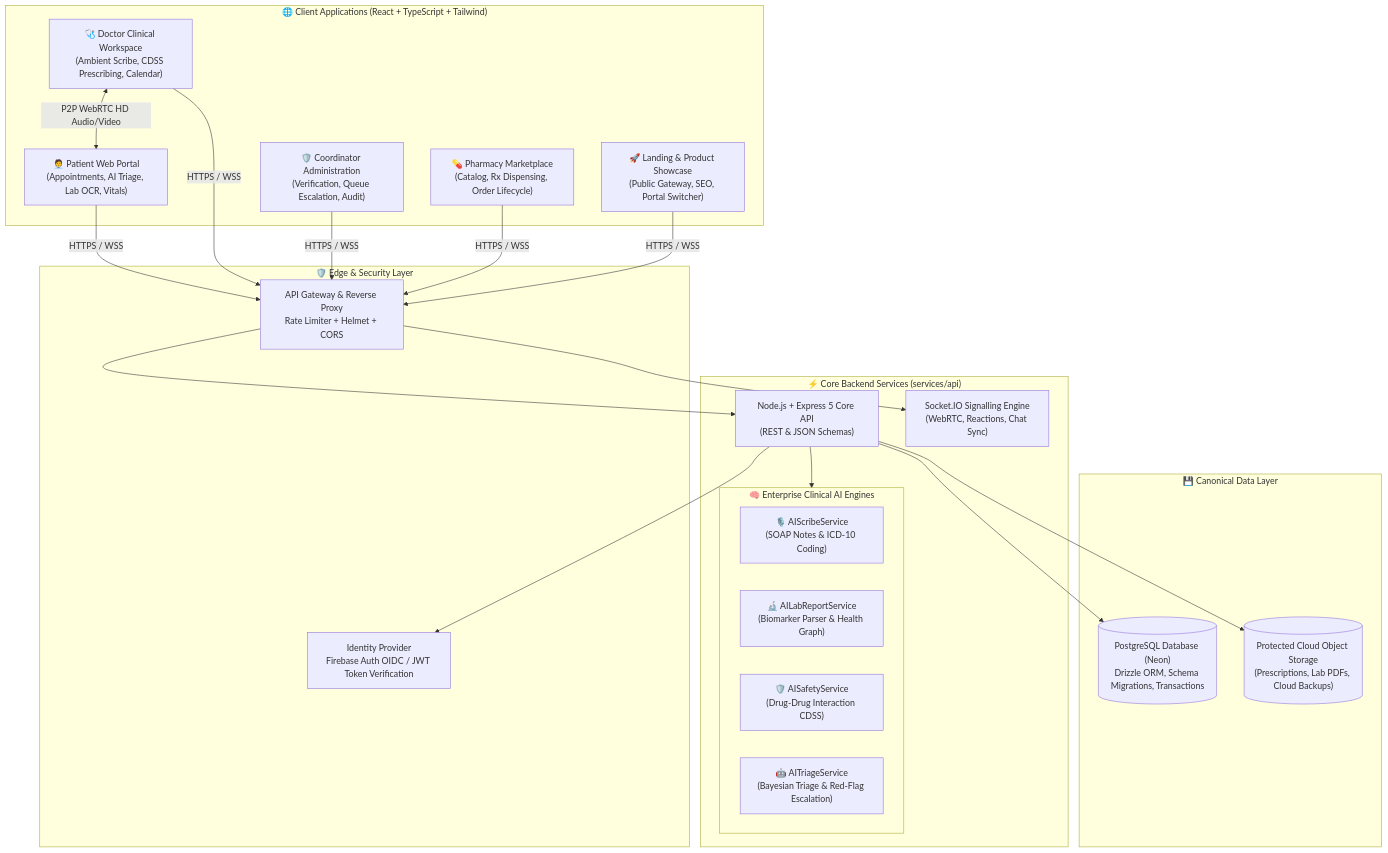
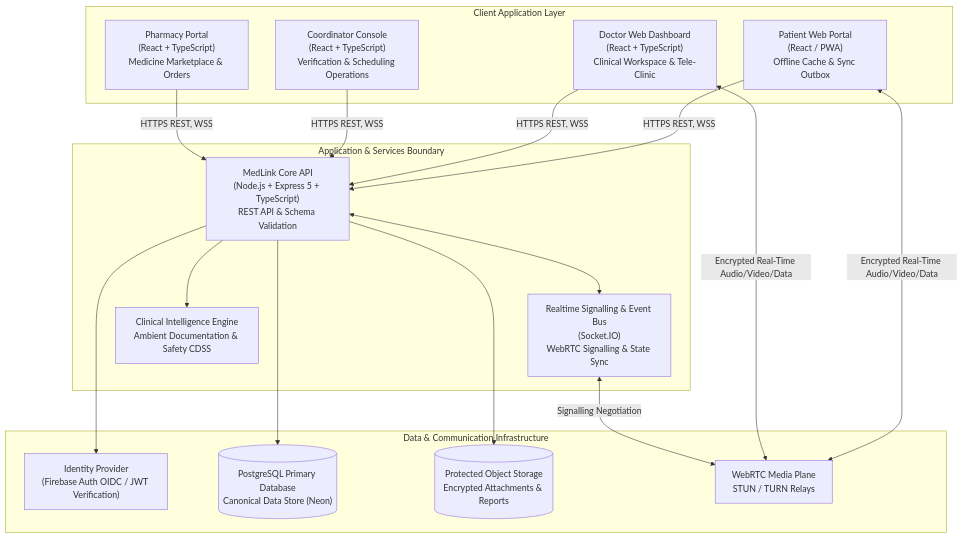
Before and after one commit to abhijeetnardele24-hash/medlink: the first of 6 diagrams in README.md, drawn with Mermaid. The commit also changed other lines of this file, not shown here.

Commit message:
docs: refine enterprise-grade README with comprehensive system architecture, WebRTC media plane, and clinical sequence diagrams

````diff
--- a/README.md
+++ b/README.md
@@ -36,39 +33,37 @@
 ```mermaid
 flowchart TB
-    subgraph Clients["🌐 Client Applications (React + TypeScript + Tailwind)"]
-        PA["🧑‍💼 Patient Web Portal<br/>(Appointments, AI Triage, Lab OCR, Vitals)"]
-        DW["🩺 Doctor Clinical Workspace<br/>(Ambient Scribe, CDSS Prescribing, Calendar)"]
-        CW["🛡️ Coordinator Administration<br/>(Verification, Queue Escalation, Audit)"]
-        PW["💊 Pharmacy Marketplace<br/>(Catalog, Rx Dispensing, Order Lifecycle)"]
-        LW["🚀 Landing & Product Showcase<br/>(Public Gateway, SEO, Portal Switcher)"]
+    subgraph Clients["Client Application Layer"]
+        PA["Patient Web Portal<br/>(React / PWA)<br/>Offline Cache & Sync Outbox"]
+        DW["Doctor Web Dashboard<br/>(React + TypeScript)<br/>Clinical Workspace & Tele-Clinic"]
+        CW["Coordinator Console<br/>(React + TypeScript)<br/>Verification & Scheduling Operations"]
+        PW["Pharmacy Portal<br/>(React + TypeScript)<br/>Medicine Marketplace & Orders"]
     end
 
-    subgraph Edge["🛡️ Edge & Security Layer"]
-        GW["API Gateway & Reverse Proxy<br/>Rate Limiter + Helmet + CORS"]
-        AUTH["Identity Provider<br/>Firebase Auth OIDC / JWT Token Verification"]
+    subgraph CoreServices["Application & Services Boundary"]
+        API["MedLink Core API<br/>(Node.js + Express 5 + TypeScript)<br/>REST API & Schema Validation"]
+        WSS["Realtime Signalling & Event Bus<br/>(Socket.IO)<br/>WebRTC Signalling & State Sync"]
+        CDSS["Clinical Intelligence Engine<br/>Ambient Documentation & Safety CDSS"]
     end
 
-    subgraph Backend["⚡ Core Backend Services (services/api)"]
-        API["Node.js + Express 5 Core API<br/>(REST & JSON Schemas)"]
-        WSS["Socket.IO Signalling Engine<br/>(WebRTC, Reactions, Chat Sync)"]
-        
-        subgraph AISuite["🧠 Enterprise Clinical AI Engines"]
-            SCRIBE["🎙️ AIScribeService<br/>(SOAP Notes & ICD-10 Coding)"]
-            LAB["🔬 AILabReportService<br/>(Biomarker Parser & Health Graph)"]
-            SAFETY["🛡️ AISafetyService<br/>(Drug-Drug Interaction CDSS)"]
-            TRIAGE["🤖 AITriageService<br/>(Bayesian Triage & Red-Flag Escalation)"]
-        end
+    subgraph Infrastructure["Data & Communication Infrastructure"]
+        AUTH["Identity Provider<br/>(Firebase Auth OIDC / JWT Verification)"]
+        DB[("PostgreSQL Primary Database<br/>Canonical Data Store (Neon)")]
+        STORE[("Protected Object Storage<br/>Encrypted Attachments & Reports")]
+        RTC["WebRTC Media Plane<br/>STUN / TURN Relays"]
     end
 
-    subgraph Data["💾 Canonical Data Layer"]
-        PG[("PostgreSQL Database (Neon)<br/>Drizzle ORM, Schema Migrations, Transactions")]
-        OBJ[("Protected Cloud Object Storage<br/>(Prescriptions, Lab PDFs, Cloud Backups)")]
-    end
+    PA -->|HTTPS REST, WSS| API
+    DW -->|HTTPS REST, WSS| API
+    CW -->|HTTPS REST, WSS| API
+    PW -->|HTTPS REST, WSS| API
 
-    PA & DW & CW & PW & LW -->|HTTPS / WSS| GW
-    GW --> API & WSS
+    API <--> WSS
+    API --> CDSS
     API --> AUTH
-    API --> AISuite
-    API --> PG & OBJ
-    DW <-->|P2P WebRTC HD Audio/Video| PA
+    API --> DB
+    API --> STORE
+
+    PA <-->|Encrypted Real-Time Audio/Video/Data| RTC
+    DW <-->|Encrypted Real-Time Audio/Video/Data| RTC
+    WSS <-->|Signalling Negotiation| RTC
 ```
````
